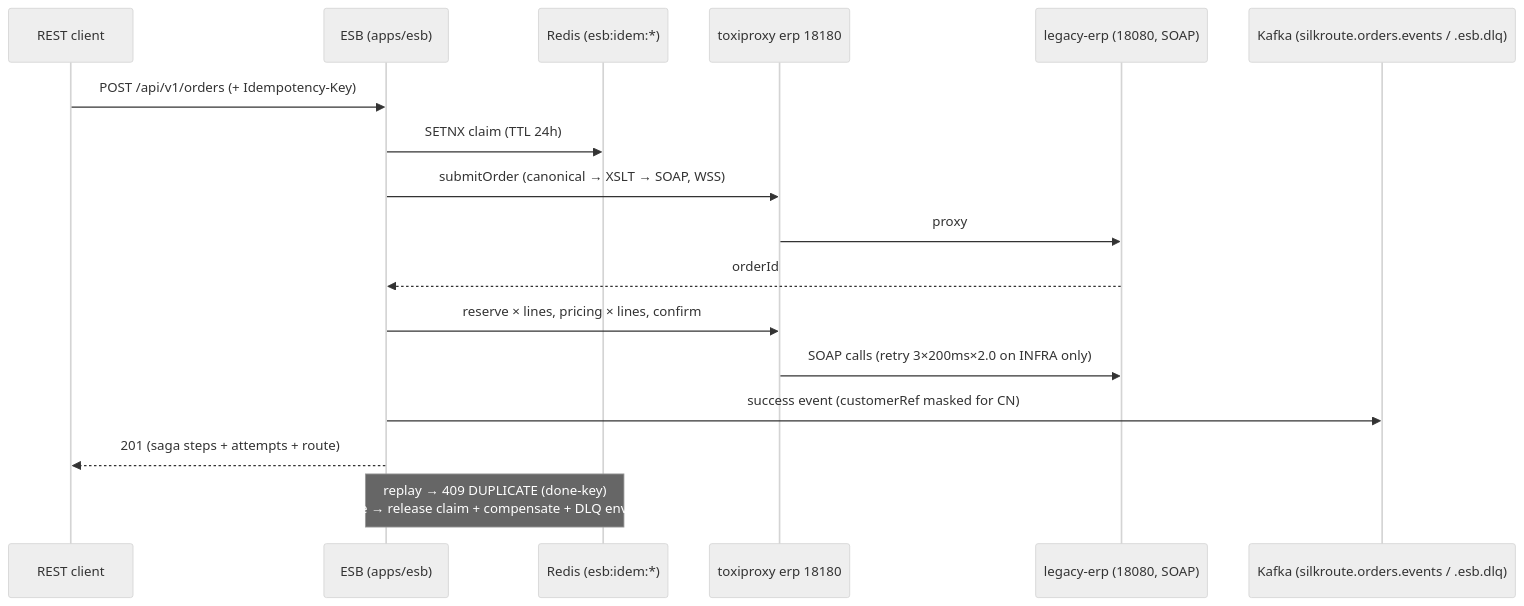
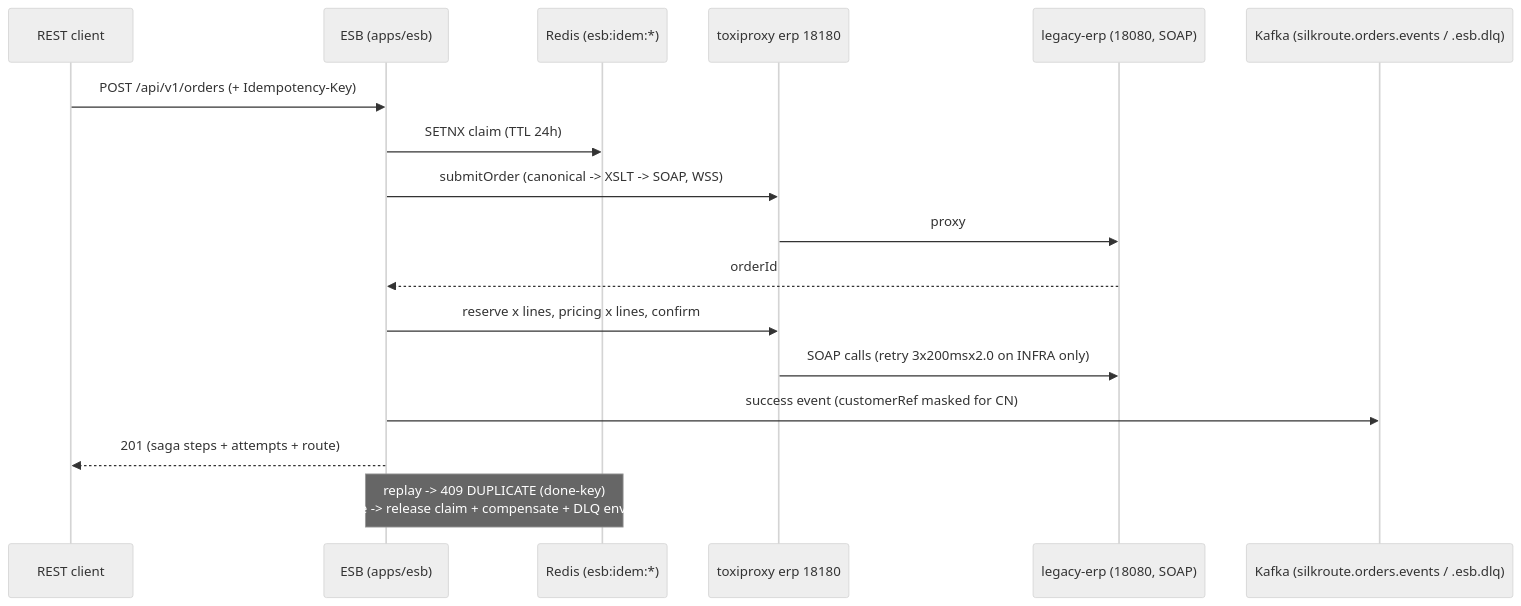
Before and after one commit to xenoaitham/silkroute: the diagram in docs/lld.md, drawn with Mermaid (neutral theme). The commit also changed other lines of this file and 163 other files, not shown here.

````diff
--- a/docs/lld.md
+++ b/docs/lld.md
@@ -113,19 +113,19 @@
 ```mermaid
 sequenceDiagram
-    participant C as REST client
-    participant E as ESB (apps/esb)
-    participant R as Redis (esb:idem:*)
-    participant X as toxiproxy erp 18180
-    participant P as legacy-erp (18080, SOAP)
-    participant K as Kafka (silkroute.orders.events / .esb.dlq)
-    C->>E: POST /api/v1/orders (+ Idempotency-Key)
-    E->>R: SETNX claim (TTL 24h)
-    E->>X: submitOrder (canonical → XSLT → SOAP, WSS)
-    X->>P: proxy
-    P-->>E: orderId
-    E->>X: reserve × lines, pricing × lines, confirm
-    X->>P: SOAP calls (retry 3×200ms×2.0 on INFRA only)
-    E->>K: success event (customerRef masked for CN)
-    E-->>C: 201 (saga steps + attempts + route)
-    Note over E,R: replay → 409 DUPLICATE (done-key)<br/>failure → release claim + compensate + DLQ envelope
+ participant C as REST client
+ participant E as ESB (apps/esb)
+ participant R as Redis (esb:idem:*)
+ participant X as toxiproxy erp 18180
+ participant P as legacy-erp (18080, SOAP)
+ participant K as Kafka (silkroute.orders.events / .esb.dlq)
+ C->>E: POST /api/v1/orders (+ Idempotency-Key)
+ E->>R: SETNX claim (TTL 24h)
+ E->>X: submitOrder (canonical -> XSLT -> SOAP, WSS)
+ X->>P: proxy
+ P-->>E: orderId
+ E->>X: reserve x lines, pricing x lines, confirm
+ X->>P: SOAP calls (retry 3x200msx2.0 on INFRA only)
+ E->>K: success event (customerRef masked for CN)
+ E-->>C: 201 (saga steps + attempts + route)
+ Note over E,R: replay -> 409 DUPLICATE (done-key)<br/>failure -> release claim + compensate + DLQ envelope
 ```
````
